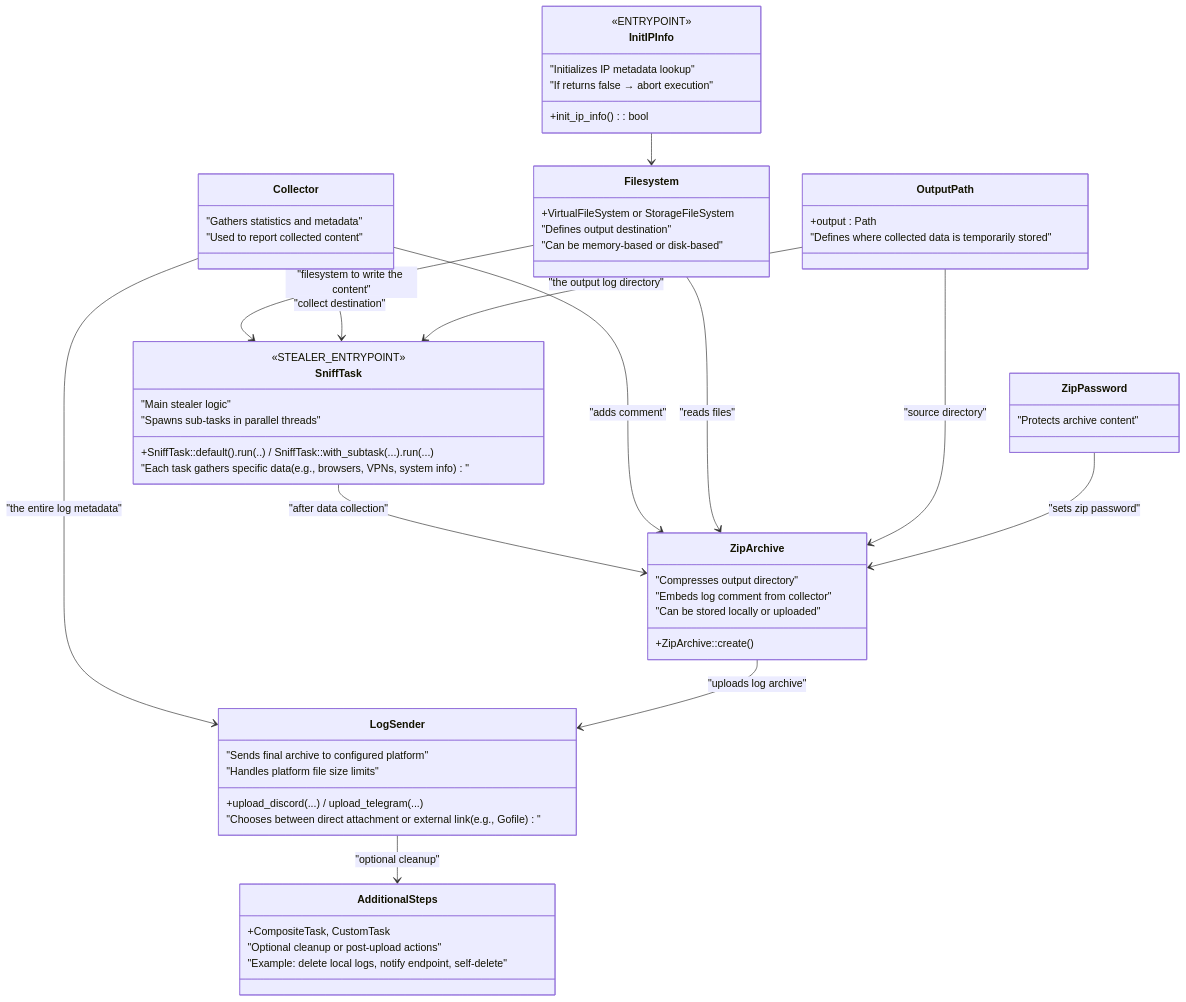
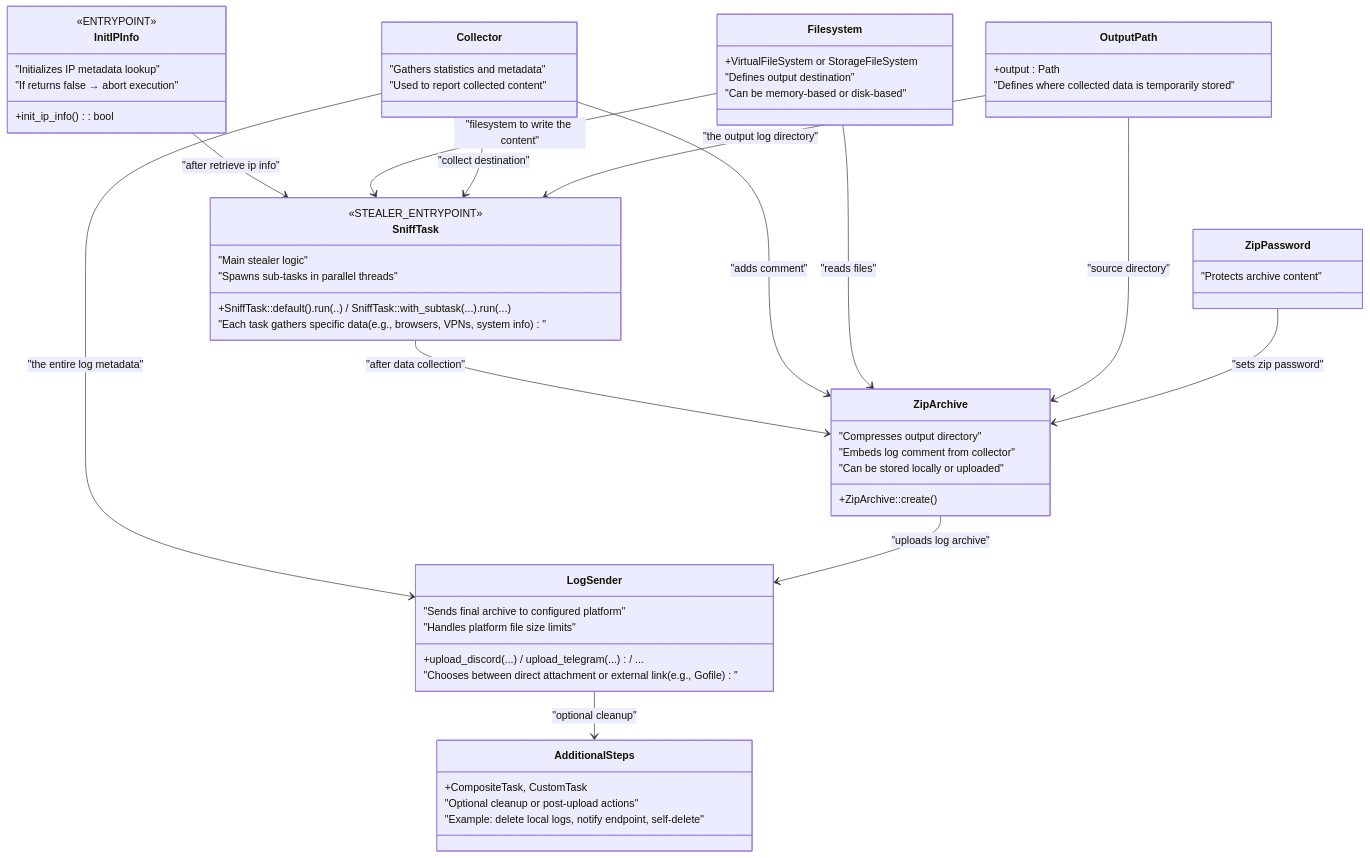
One commit to sqlerrorthing/ShadowSniff changed the diagram in README.MD. Above: the diagram before and after it, drawn with Mermaid.

Commit message:
small fixes

````diff
--- a/README.MD
+++ b/README.MD
@@ -112,78 +112,78 @@
 ```mermaid
 classDiagram
    direction TB
 
    class InitIPInfo {
       <<ENTRYPOINT>>
       +init_ip_info() : bool
       "Initializes IP metadata lookup"
       "If returns false → abort execution"
    }
 
    class Filesystem {
       +VirtualFileSystem or StorageFileSystem
       "Defines output destination"
       "Can be memory-based or disk-based"
    }
 
    class Collector {
       "Gathers statistics and metadata"
       "Used to report collected content"
    }
 
    class OutputPath {
       +output : Path
       "Defines where collected data is temporarily stored"
    }
 
    class SniffTask {
       <<STEALER_ENTRYPOINT>>
       
       +SniffTask::default().run(..) / SniffTask::with_subtask(...).run(...)
       "Main stealer logic"
       "Spawns sub-tasks in parallel threads"
       "Each task gathers specific data (e.g., browsers, VPNs, system info)"
    }
 
    class ZipPassword {
       "Protects archive content"
    }
 
    class ZipArchive {
       +ZipArchive::create()
       "Compresses output directory"
       "Embeds log comment from collector"
       "Can be stored locally or uploaded"
    }
 
    class LogSender {
-      +upload_discord(...) / upload_telegram(...)
+      +upload_discord(...) / upload_telegram(...) / ...
       "Sends final archive to configured platform"
       "Chooses between direct attachment or external link (e.g., Gofile)"
       "Handles platform file size limits"
    }
 
    class AdditionalSteps {
       +CompositeTask, CustomTask
       "Optional cleanup or post-upload actions"
       "Example: delete local logs, notify endpoint, self-delete"
    }
 
 %% Execution flow
-   InitIPInfo --> Filesystem
+   InitIPInfo --> SniffTask : "after retrieve ip info"
    Filesystem --> SniffTask : "filesystem to write the content"
    Collector --> SniffTask : "collect destination"
    OutputPath --> SniffTask : "the output log directory"
 
 %% ZipArchive stage
    SniffTask --> ZipArchive : "after data collection"
    Collector --> ZipArchive : "adds comment"
    Filesystem --> ZipArchive : "reads files"
    OutputPath --> ZipArchive : "source directory"
 
    ZipPassword --> ZipArchive : "sets zip password"
    
    Collector --> LogSender : "the entire log metadata"
    ZipArchive --> LogSender : "uploads log archive"
    LogSender --> AdditionalSteps : "optional cleanup"
 ```
````
